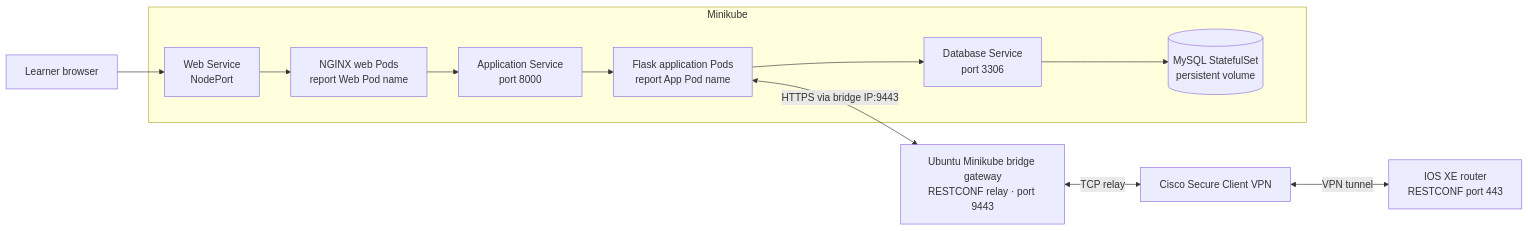
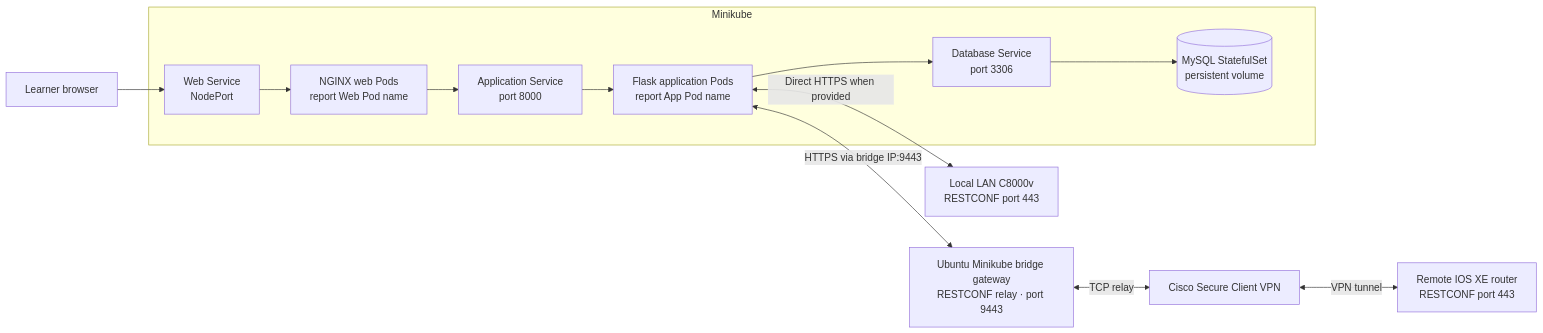
The diagram in lab/Lab 04 - Deploy and Scale on Kubernetes/Lab4.md (tanthanh85/devops), drawn with Mermaid before and after one commit. The commit also changed other lines of this file, not shown here.

````diff
--- a/lab/Lab 04 - Deploy and Scale on Kubernetes/Lab4.md
+++ b/lab/Lab 04 - Deploy and Scale on Kubernetes/Lab4.md
@@ -33,28 +33,30 @@
 ```mermaid
 flowchart LR
     B["Learner browser"]
 
     subgraph K["Minikube"]
         WS["Web Service<br/>NodePort"]
         W["NGINX web Pods<br/>report Web Pod name"]
         AS["Application Service<br/>port 8000"]
         A["Flask application Pods<br/>report App Pod name"]
         DS["Database Service<br/>port 3306"]
         D[("MySQL StatefulSet<br/>persistent volume")]
 
         WS --> W
         W --> AS
         AS --> A
         A --> DS
         DS --> D
     end
 
     G["Ubuntu Minikube bridge gateway<br/>RESTCONF relay · port 9443"]
     V["Cisco Secure Client VPN"]
-    R["IOS XE router<br/>RESTCONF port 443"]
+    R["Remote IOS XE router<br/>RESTCONF port 443"]
+    C["Local LAN C8000v<br/>RESTCONF port 443"]
 
     B --> WS
     A <-->|"HTTPS via bridge IP:9443"| G
     G <-->|"TCP relay"| V
     V <-->|"VPN tunnel"| R
+    A <-->|"Direct HTTPS when provided"| C
 ```
````
